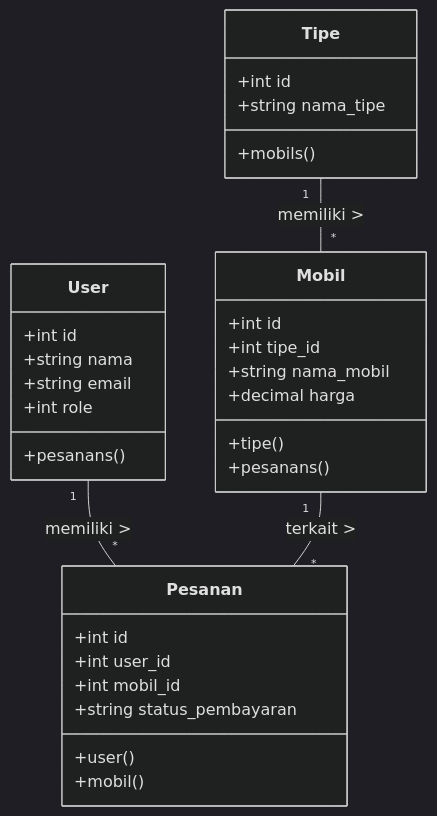
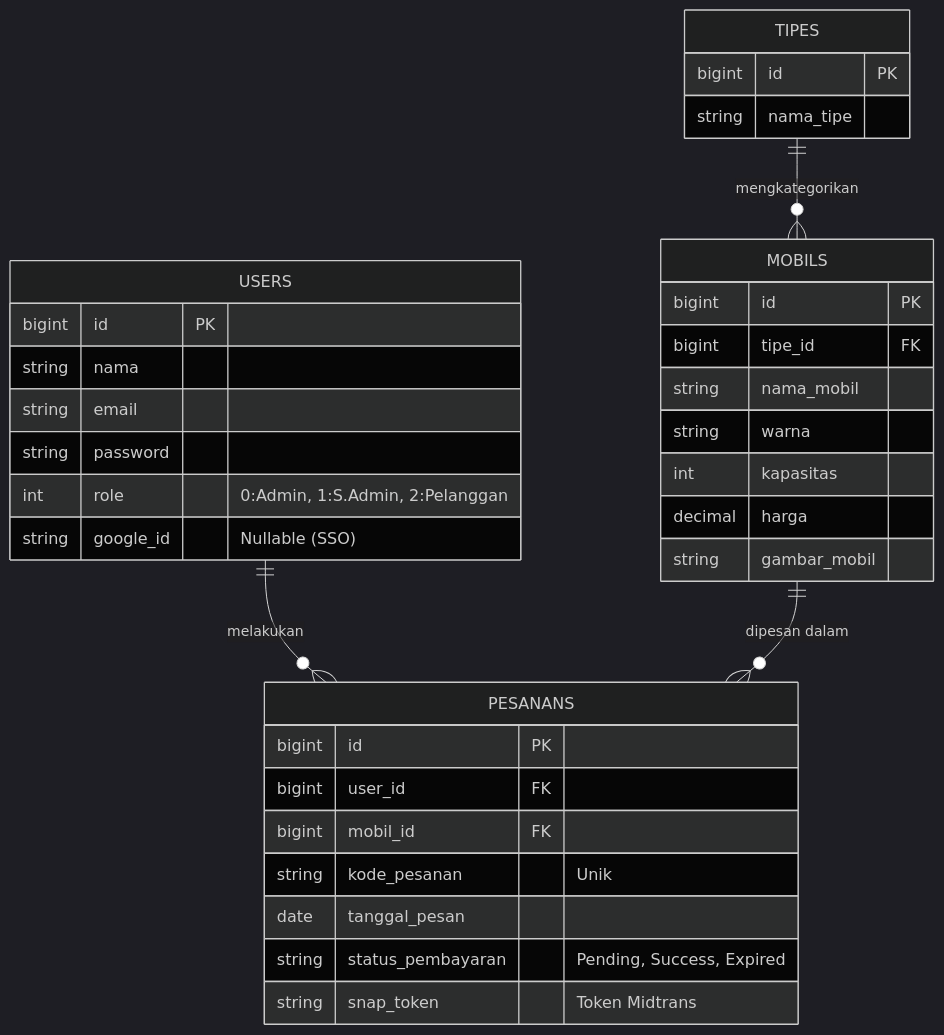
The diagram in README.md (ohmyzan/Sistem-Penjualan-Mobil), drawn with Mermaid (dark theme) before and after one commit.

Commit message:
perbarui Read.me

````diff
--- a/README.md
+++ b/README.md
@@ -146,35 +30,40 @@
 ```mermaid
-classDiagram
-    class User {
-        +int id
-        +string nama
-        +string email
-        +int role
-        +pesanans()
-    }
-    class Tipe {
-        +int id
-        +string nama_tipe
-        +mobils()
-    }
-    class Mobil {
-        +int id
-        +int tipe_id
-        +string nama_mobil
-        +decimal harga
-        +tipe()
-        +pesanans()
-    }
-    class Pesanan {
-        +int id
-        +int user_id
-        +int mobil_id
-        +string status_pembayaran
-        +user()
-        +mobil()
+erDiagram
+    USERS ||--o{ PESANANS : "melakukan"
+    TIPES ||--o{ MOBILS : "mengkategorikan"
+    MOBILS ||--o{ PESANANS : "dipesan dalam"
+
+    USERS {
+        bigint id PK
+        string nama
+        string email
+        string password
+        int role "0:Admin, 1:S.Admin, 2:Pelanggan"
+        string google_id "Nullable (SSO)"
     }
 
-    User "1" -- "*" Pesanan : memiliki >
-    Tipe "1" -- "*" Mobil : memiliki >
-    Mobil "1" -- "*" Pesanan : terkait >
+    TIPES {
+        bigint id PK
+        string nama_tipe
+    }
+
+    MOBILS {
+        bigint id PK
+        bigint tipe_id FK
+        string nama_mobil
+        string warna
+        int kapasitas
+        decimal harga
+        string gambar_mobil
+    }
+
+    PESANANS {
+        bigint id PK
+        bigint user_id FK
+        bigint mobil_id FK
+        string kode_pesanan "Unik"
+        date tanggal_pesan
+        string status_pembayaran "Pending, Success, Expired"
+        string snap_token "Token Midtrans"
+    }
 ```
````
